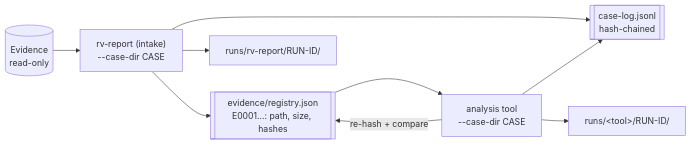
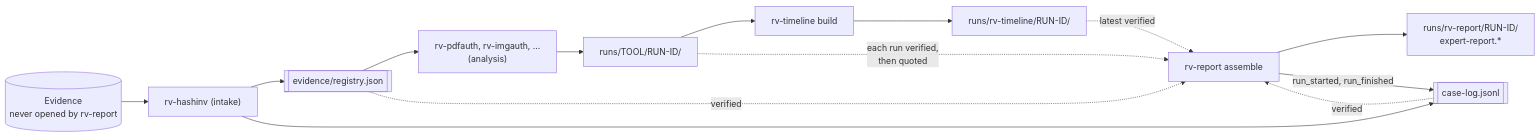
The first of 4 diagrams in docs/case-folder.md (Panacota96/rv-report), drawn with Mermaid before and after one commit. The commit also changed other lines of this file and 240 other files, not shown here.

First line of the commit message:
feat: RV Report v0.1 — expert report assembled from a verified case (#7)

````diff
--- a/docs/case-folder.md
+++ b/docs/case-folder.md
@@ -9,11 +8,16 @@
 ```mermaid
 flowchart LR
-    E[(Evidence<br/>read-only)] --> H["rv-report (intake)<br/>--case-dir CASE"]
-    H --> R[["evidence/registry.json<br/>E0001…: path, size, hashes"]]
-    H --> CL[["case-log.jsonl<br/>hash-chained"]]
-    R --> P["analysis tool<br/>--case-dir CASE"]
-    P -->|re-hash + compare| R
-    P --> CL
-    H --> RH["runs/rv-report/RUN-ID/"]
-    P --> RP["runs/&lt;tool&gt;/RUN-ID/"]
+    E[(Evidence<br/>never opened by rv-report)] --> H["rv-hashinv (intake)"]
+    H --> R[["evidence/registry.json"]]
+    H --> CL[["case-log.jsonl"]]
+    R --> A["rv-pdfauth, rv-imgauth, ...<br/>(analysis)"]
+    A --> RA["runs/TOOL/RUN-ID/"]
+    RA --> T["rv-timeline build"]
+    T --> RT["runs/rv-timeline/RUN-ID/"]
+    CL -. verified .-> P["rv-report assemble"]
+    R -. verified .-> P
+    RA -. "each run verified,<br/>then quoted" .-> P
+    RT -. "latest verified" .-> P
+    P --> RP["runs/rv-report/RUN-ID/<br/>expert-report.*"]
+    P -->|run_started, run_finished| CL
 ```
````
